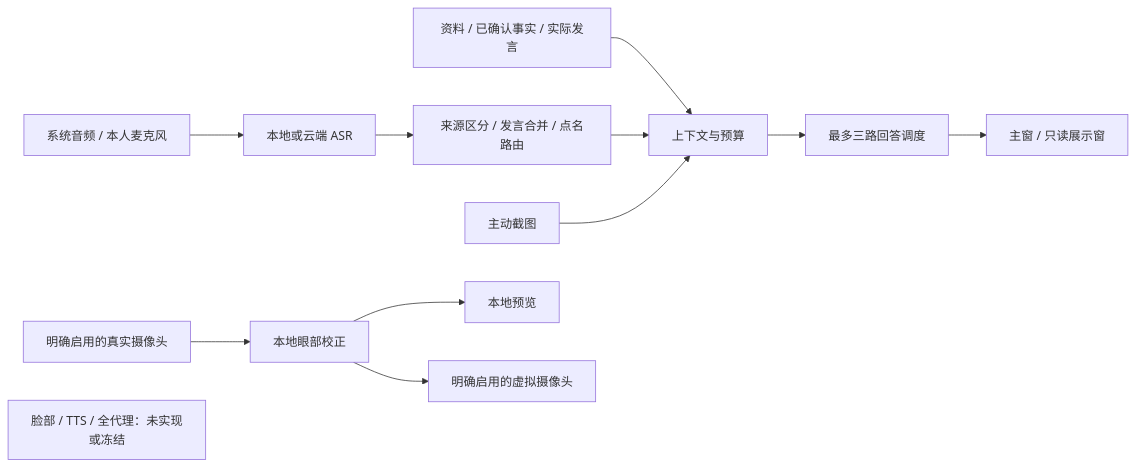
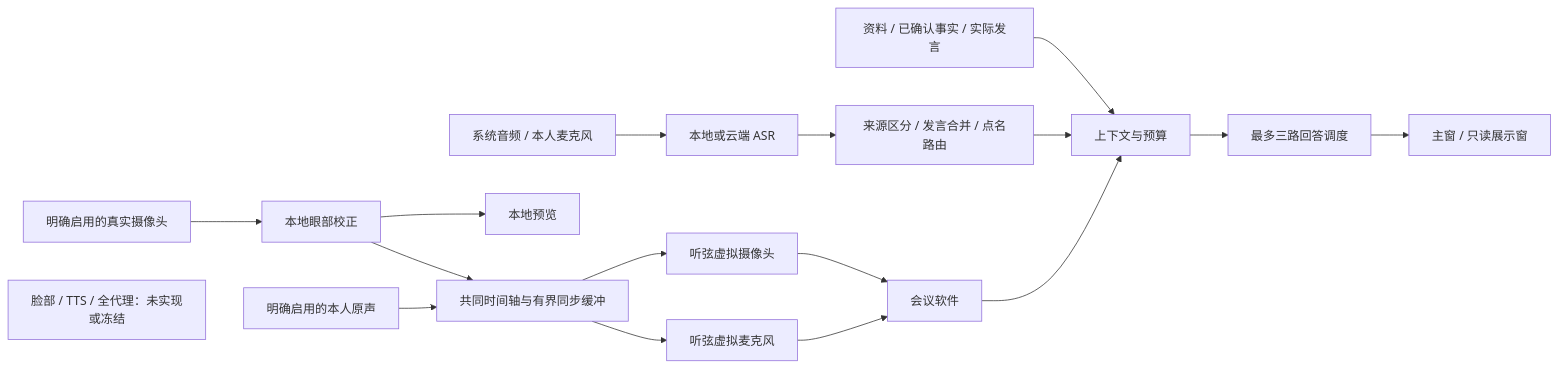
One commit to Jinchun-Liu/TingXian changed the diagram in docs/PRD-v2.0.md. Above: the diagram before and after it, drawn with Mermaid. The commit also changed other lines of this file and 5 other files, not shown here.

````diff
--- a/docs/PRD-v2.0.md
+++ b/docs/PRD-v2.0.md
@@ -399,14 +401,19 @@
 ```mermaid
 flowchart LR
   A[系统音频 / 本人麦克风] --> B[本地或云端 ASR]
   B --> C[来源区分 / 发言合并 / 点名路由]
   D[资料 / 已确认事实 / 实际发言] --> E[上下文与预算]
   C --> E
   F[主动截图] --> E
   E --> G[最多三路回答调度]
   G --> H[主窗 / 只读展示窗]
   V[明确启用的真实摄像头] --> X[本地眼部校正]
   X --> P[本地预览]
-  X --> S[明确启用的虚拟摄像头]
+  X --> S[共同时间轴与有界同步缓冲]
+  M[明确启用的本人原声] --> S
+  S --> VC[听弦虚拟摄像头]
+  S --> VM[听弦虚拟麦克风]
+  VC --> F[会议软件]
+  VM --> F
   Q[脸部 / TTS / 全代理：未实现或冻结]
 ```
````
